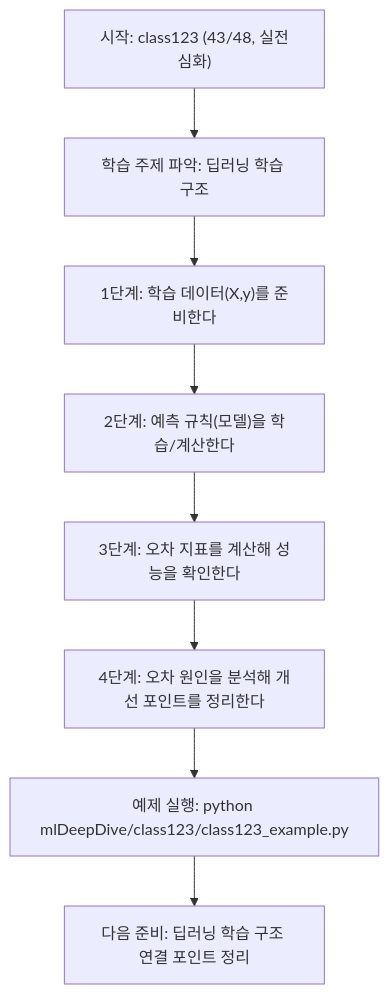
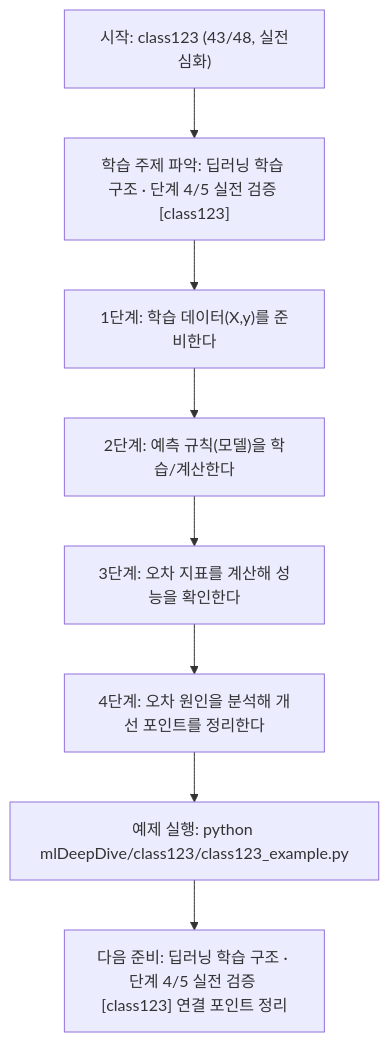
Before and after one commit to edumgt/Python-AI_Agent-Class: the diagram in mlDeepDive/class123/class123.md, drawn with Mermaid. The commit also changed other lines of this file and 522 other files, not shown here.

````diff
--- a/mlDeepDive/class123/class123.md
+++ b/mlDeepDive/class123/class123.md
@@ -109,18 +110,18 @@
 ```mermaid
 flowchart TD
 N1["시작: class123 (43/48, 실전심화)"]
-N2["학습 주제 파악: 딥러닝 학습 구조"]
+N2["학습 주제 파악: 딥러닝 학습 구조 · 단계 4/5 실전 검증 [class123]"]
 N3["1단계: 학습 데이터(X,y)를 준비한다"]
 N4["2단계: 예측 규칙(모델)을 학습/계산한다"]
 N5["3단계: 오차 지표를 계산해 성능을 확인한다"]
 N6["4단계: 오차 원인을 분석해 개선 포인트를 정리한다"]
 N7["예제 실행: python mlDeepDive/class123/class123_example.py"]
-N8["다음 준비: 딥러닝 학습 구조 연결 포인트 정리"]
+N8["다음 준비: 딥러닝 학습 구조 · 단계 4/5 실전 검증 [class123] 연결 포인트 정리"]
 N1 --> N2
 N2 --> N3
 N3 --> N4
 N4 --> N5
 N5 --> N6
 N6 --> N7
 N7 --> N8
 ```
````
